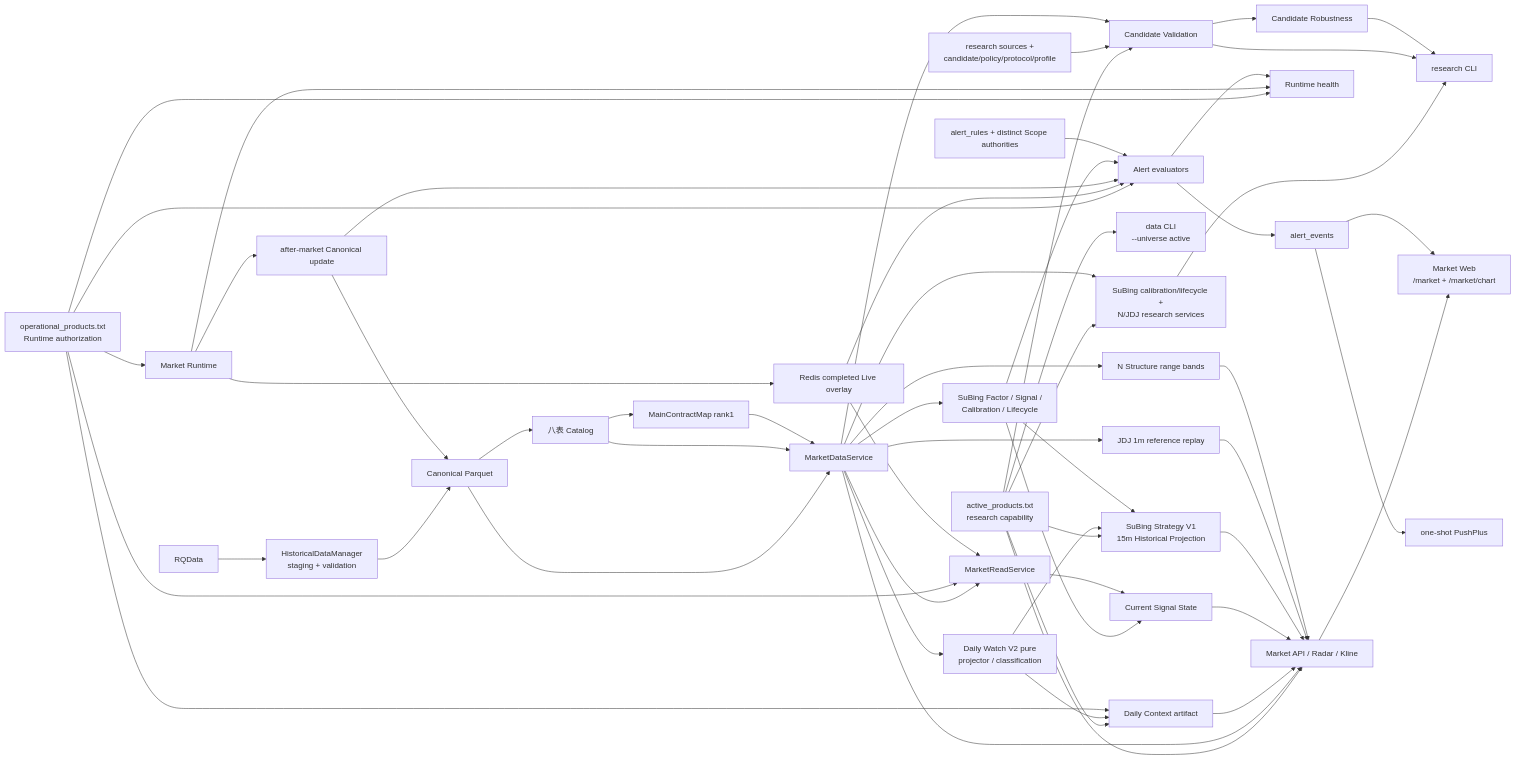
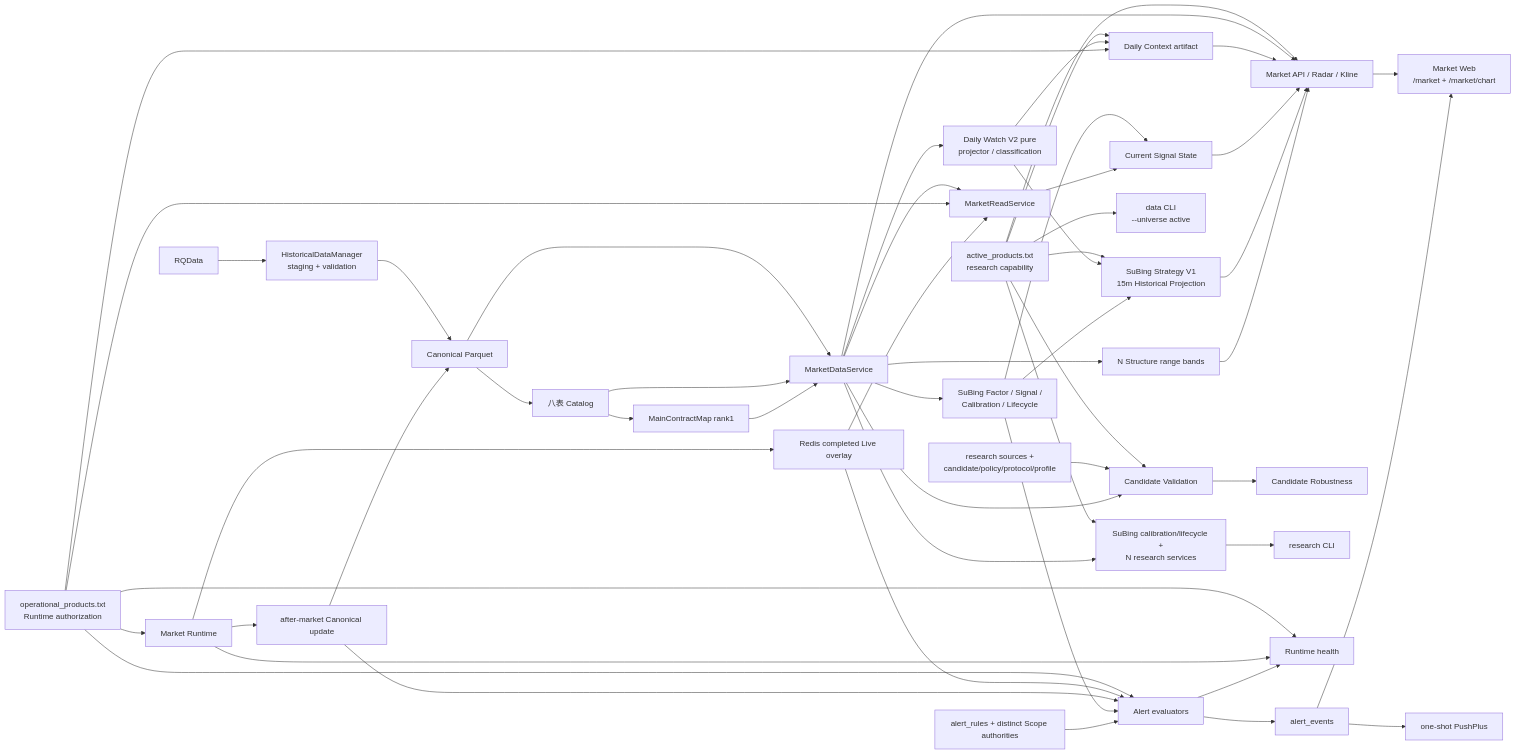
One commit to firehell/guiyi-quant-workstation changed the diagram in docs/ARCHITECTURE.md. Above: the diagram before and after it, drawn with Mermaid. The commit also changed other lines of this file and 29 other files, not shown here.

Commit message:
refactor: retire JDJ research artifacts

````diff
--- a/docs/ARCHITECTURE.md
+++ b/docs/ARCHITECTURE.md
@@ -7,64 +7,60 @@
 ```mermaid
 flowchart LR
   RQ[RQData] --> HDM[HistoricalDataManager<br/>staging + validation]
   HDM --> CP[Canonical Parquet]
   CP --> CAT[八表 Catalog]
   CAT --> MCM[MainContractMap rank1]
   CP --> MDS[MarketDataService]
   CAT --> MDS
   MCM --> MDS
 
   ACTIVE[active_products.txt<br/>research capability] --> MARKET[Market API / Radar / Kline]
   ACTIVE --> DAILY
   ACTIVE --> SSP
   ACTIVE --> RS
   ACTIVE --> CV
   ACTIVE --> DCLI[data CLI<br/>--universe active]
   MDS --> MARKET
   MARKET --> WEB[Market Web<br/>/market + /market/chart]
 
   MDS --> SF[SuBing Factor / Signal /<br/>Calibration / Lifecycle]
   MDS --> DWP[Daily Watch V2 pure<br/>projector / classification]
   MDS --> MREAD[MarketReadService]
   DWP --> DAILY[Daily Context artifact]
   DWP --> SSP
   SF --> CURRENT[Current Signal State]
   SF --> SSP[SuBing Strategy V1<br/>15m Historical Projection]
   MREAD --> CURRENT
   DAILY --> MARKET
   CURRENT --> MARKET
   SSP --> MARKET
 
-  MDS --> JDJ[JDJ 1m reference replay]
-  JDJ --> MARKET
   MDS --> N[N Structure range bands]
   N --> MARKET
 
-  MDS --> RS[SuBing calibration/lifecycle +<br/>N/JDJ research services]
+  MDS --> RS[SuBing calibration/lifecycle +<br/>N research services]
   SRC[research sources +<br/>candidate/policy/protocol/profile] --> CV[Candidate Validation]
   MDS --> CV
   CV --> ROB[Candidate Robustness]
   RS --> RCLI[research CLI]
-  CV --> RCLI[research CLI]
-  ROB --> RCLI
 
   OPS[operational_products.txt<br/>Runtime authorization] --> MR[Market Runtime]
   OPS --> MREAD
   OPS --> DAILY
   OPS --> AE
   OPS --> HEALTH[Runtime health]
   MR --> LIVE[Redis completed Live overlay]
   MR --> EOD[after-market Canonical update]
   MR --> HEALTH
   LIVE --> MREAD
   EOD --> CP
 
   LIVE --> AE[Alert evaluators]
   EOD --> AE
   SF --> AE
   RULE[alert_rules + distinct Scope authorities] --> AE
   AE --> HEALTH
   AE --> EVENT[alert_events]
   EVENT --> PUSH[one-shot PushPlus]
   EVENT --> WEB
 ```
````
